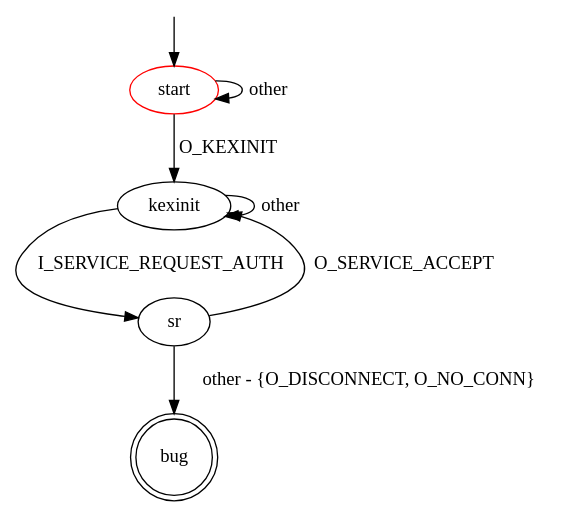
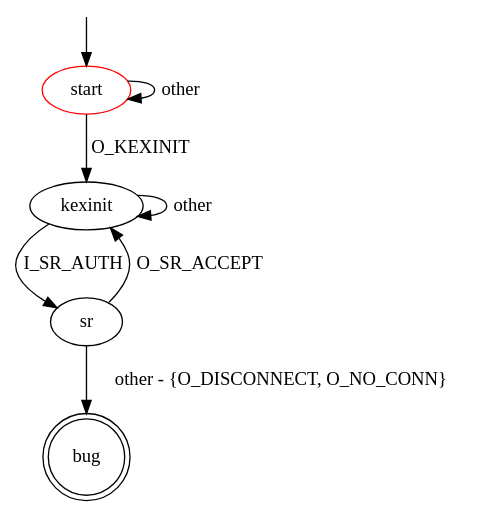
Before and after one commit to assist-project/state-machine-bug-finder: the diagram in src/main/resources/patterns/ssh/invalid_service_request_response.dot, drawn with Graphviz. The commit also changed 10 other files, not shown here.

```diff
--- a/src/main/resources/patterns/ssh/invalid_service_request_response.dot
+++ b/src/main/resources/patterns/ssh/invalid_service_request_response.dot
@@ -1,16 +1,16 @@
 digraph G {
 label=""
 start [color="red"]
 bug [shape="doublecircle"]
 
 start -> kexinit [label="O_KEXINIT"]
 start -> start [label="other"]
-kexinit -> sr [label="I_SERVICE_REQUEST_AUTH"]
+kexinit -> sr [label="I_SR_AUTH"]
 kexinit -> kexinit [label="other"]
 sr -> bug [label="other - {O_DISCONNECT, O_NO_CONN}"]
-sr -> kexinit [label="O_SERVICE_ACCEPT"]
+sr -> kexinit [label="O_SR_ACCEPT"]
 
 
 __start0 [label="" shape="none" width="0" height="0"];
 __start0 -> start;
 }
```
